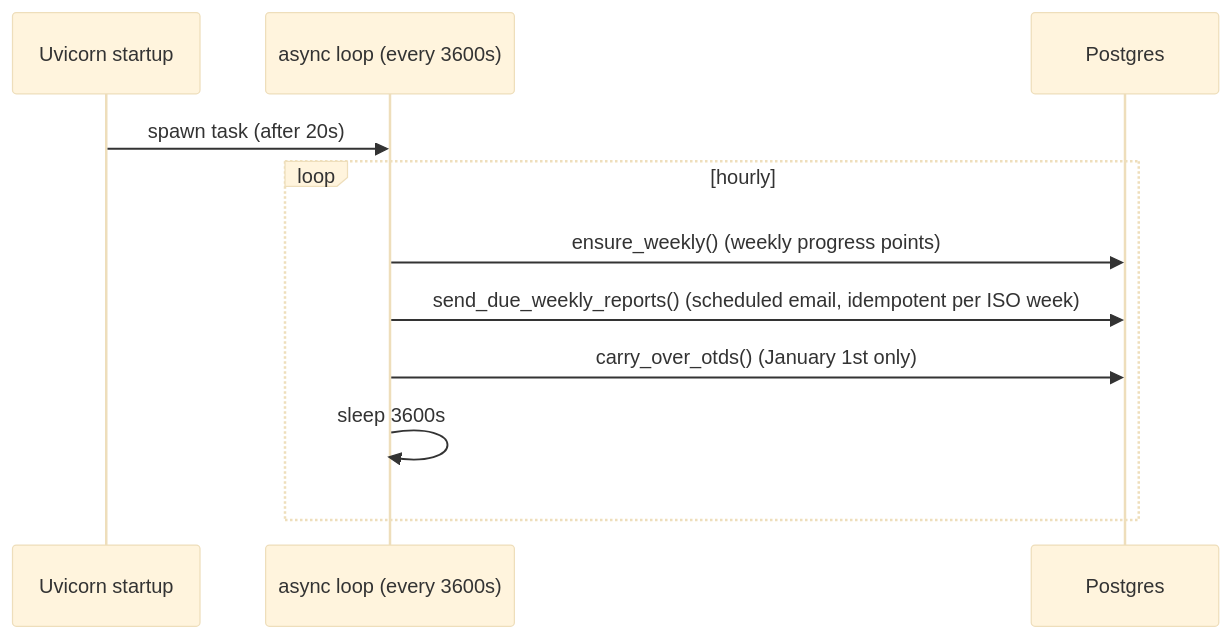
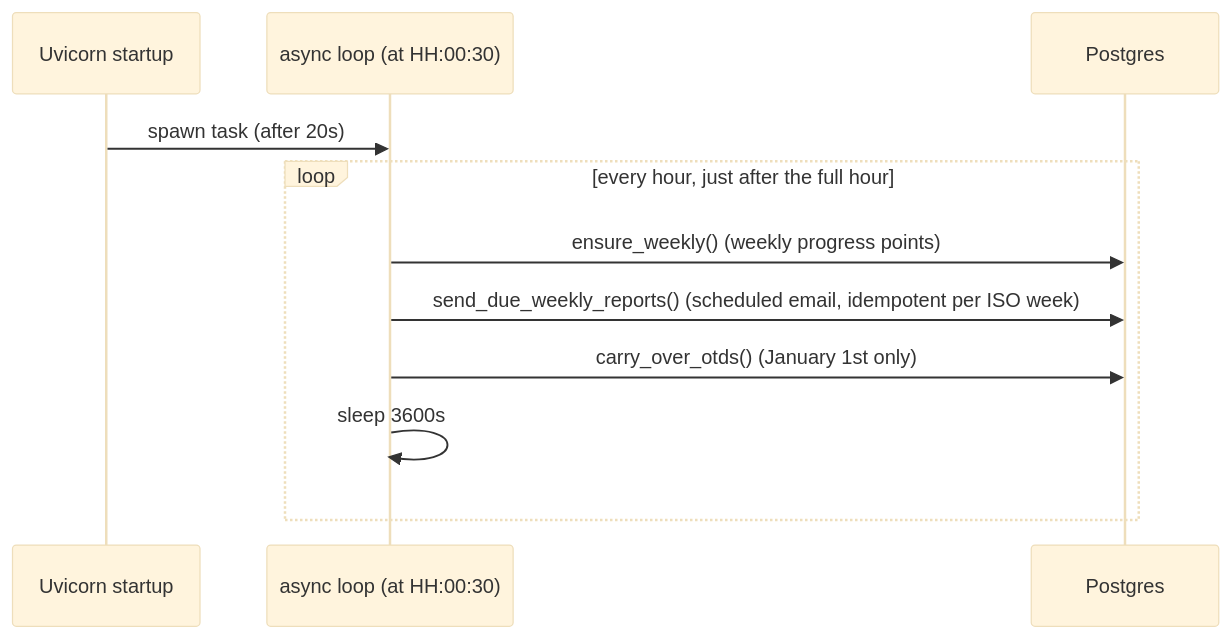
The fourth of 5 diagrams in docs/02-architecture.md (Mehdi-Zar/TeamFollowUP), drawn with Mermaid (base theme) before and after one commit. The commit also changed 41 other files, not shown here.

````diff
--- a/docs/02-architecture.md
+++ b/docs/02-architecture.md
@@ -111,13 +111,13 @@
 ```mermaid
 sequenceDiagram
   participant U as Uvicorn startup
-  participant L as async loop (every 3600s)
+  participant L as async loop (at HH:00:30)
   participant DB as Postgres
   U->>L: spawn task (after 20s)
-  loop hourly
+  loop every hour, just after the full hour
     L->>DB: ensure_weekly() (weekly progress points)
     L->>DB: send_due_weekly_reports() (scheduled email, idempotent per ISO week)
     L->>DB: carry_over_otds() (January 1st only)
     L->>L: sleep 3600s
   end
 ```
````
